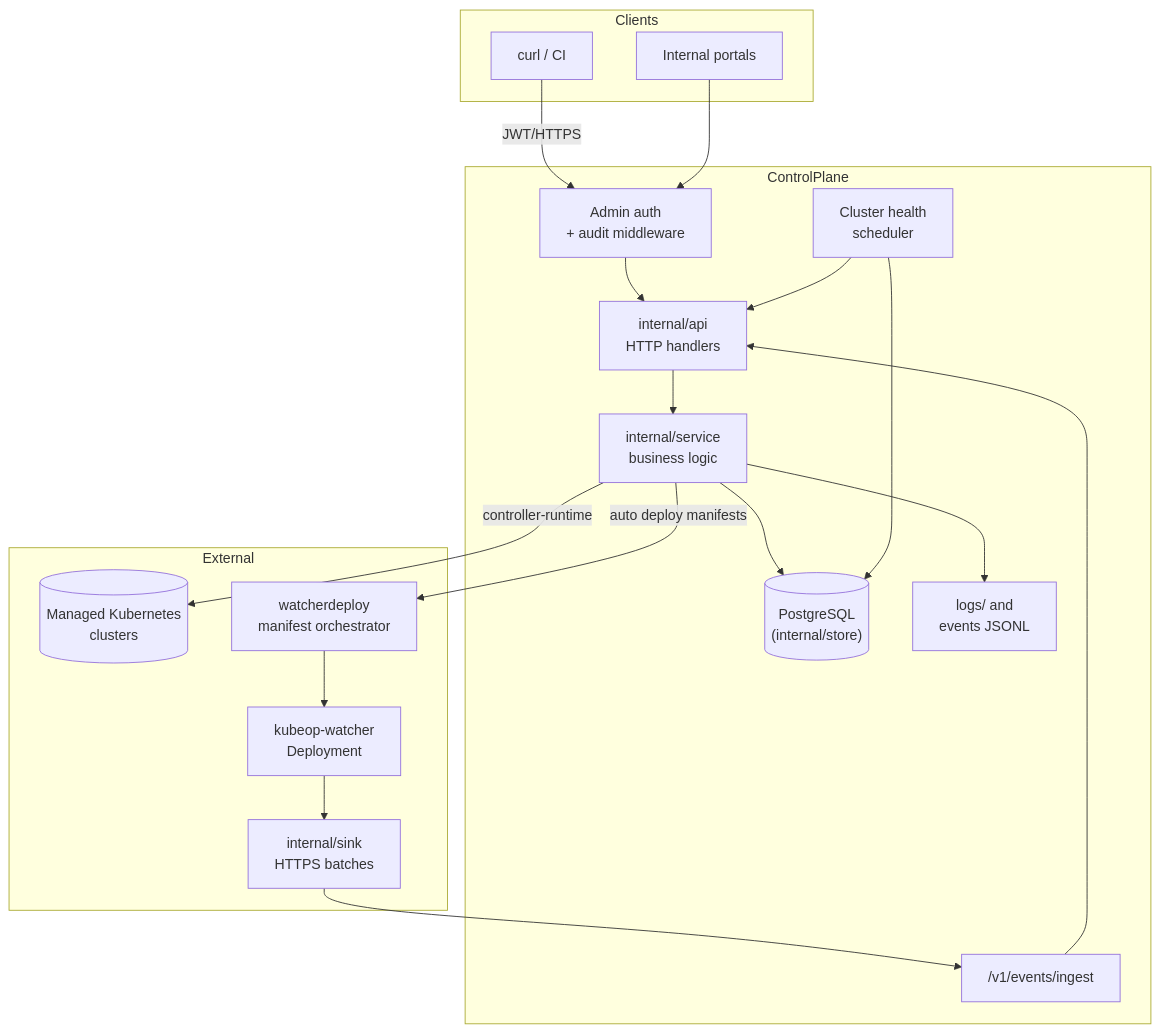
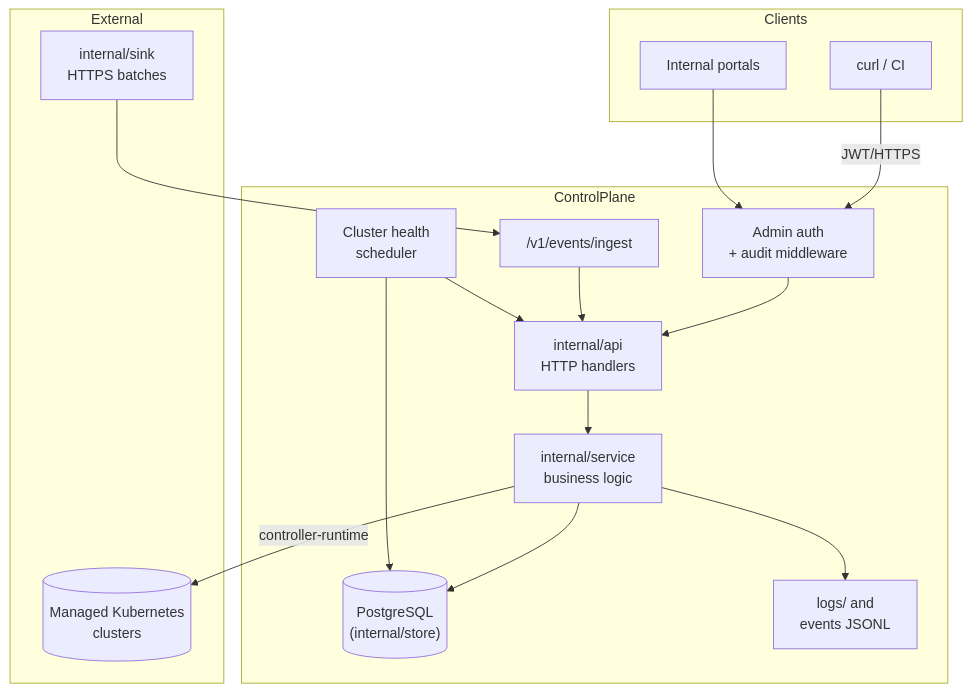
One commit to vaheed/kubeOP changed the first of 3 diagrams in docs/architecture.md. Above: the diagram before and after it, drawn with Mermaid. The commit also changed other lines of this file and 78 other files, not shown here.

````diff
--- a/docs/architecture.md
+++ b/docs/architecture.md
@@ -18,35 +17,30 @@
 ```mermaid
 flowchart TD
     subgraph Clients
         CLI["curl / CI"]
         Integrations["Internal portals"]
     end
     subgraph ControlPlane
         API["internal/api<br/>HTTP handlers"]
         MW["Admin auth<br/>+ audit middleware"]
         Service["internal/service<br/>business logic"]
         Store[("PostgreSQL<br/>(internal/store)")]
         Scheduler["Cluster health<br/>scheduler"]
         LogFS["logs/<project> and<br/>events JSONL"]
         EventsIngest["/v1/events/ingest"]
     end
     subgraph External
         Clusters[("Managed Kubernetes<br/>clusters")]
-        WatcherDeploy["watcherdeploy<br/>manifest orchestrator"]
-        WatcherProc["kubeop-watcher<br/>Deployment"]
         Sink["internal/sink<br/>HTTPS batches"]
     end
     CLI -->|JWT/HTTPS| MW --> API
     Integrations --> MW
     API --> Service
     Service --> Store
     Service -->|controller-runtime| Clusters
     Service --> LogFS
-    Service -->|auto deploy manifests| WatcherDeploy
-    WatcherDeploy --> WatcherProc
-    WatcherProc --> Sink
     Sink --> EventsIngest
     EventsIngest --> API
     Scheduler --> Store
     Scheduler --> API
 ```
````
